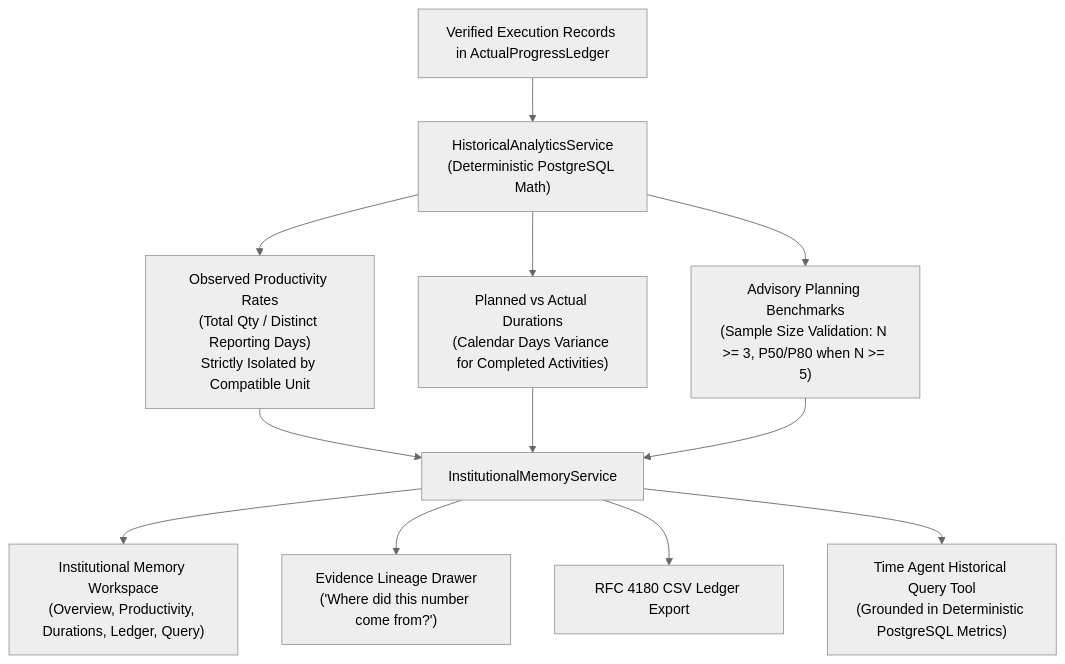
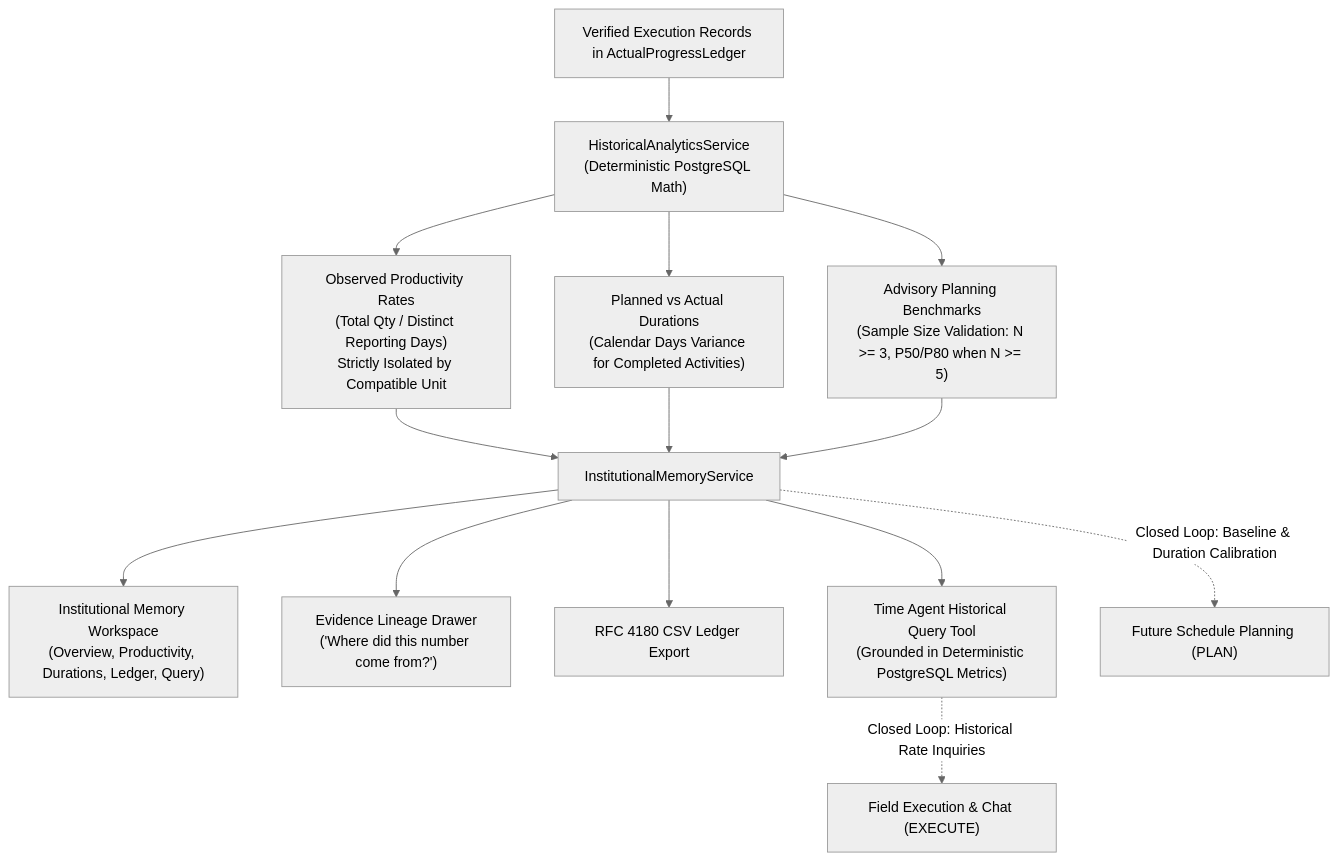
The second of 9 diagrams in README.md (BatraKrishal/ScheduleManager), drawn with Mermaid (neutral theme) before and after one commit. The commit also changed other lines of this file, not shown here.

Commit message:
docs(readme): close the loop on Institutional Memory across all architecture diagrams

````diff
--- a/README.md
+++ b/README.md
@@ -147,16 +155,19 @@
 ```mermaid
 flowchart TD
     VERIF["Verified Execution Records in ActualProgressLedger"] --> HAS["HistoricalAnalyticsService\n(Deterministic PostgreSQL Math)"]
     HAS --> PROD["Observed Productivity Rates\n(Total Qty / Distinct Reporting Days)\nStrictly Isolated by Compatible Unit"]
     HAS --> DUR["Planned vs Actual Durations\n(Calendar Days Variance for Completed Activities)"]
     HAS --> BENCH["Advisory Planning Benchmarks\n(Sample Size Validation: N >= 3, P50/P80 when N >= 5)"]
 
     PROD --> IMS["InstitutionalMemoryService"]
     DUR --> IMS
     BENCH --> IMS
 
     IMS --> TAB["Institutional Memory Workspace\n(Overview, Productivity, Durations, Ledger, Query)"]
     IMS --> DRAWER["Evidence Lineage Drawer\n('Where did this number come from?')"]
     IMS --> CSV["RFC 4180 CSV Ledger Export"]
     IMS --> AGENT_TOOL["Time Agent Historical Query Tool\n(Grounded in Deterministic PostgreSQL Metrics)"]
+
+    IMS -.->|"Closed Loop: Baseline & Duration Calibration"| PLAN_FEEDBACK["Future Schedule Planning (PLAN)"]
+    AGENT_TOOL -.->|"Closed Loop: Historical Rate Inquiries"| EXEC_FEEDBACK["Field Execution & Chat (EXECUTE)"]
 ```
````
